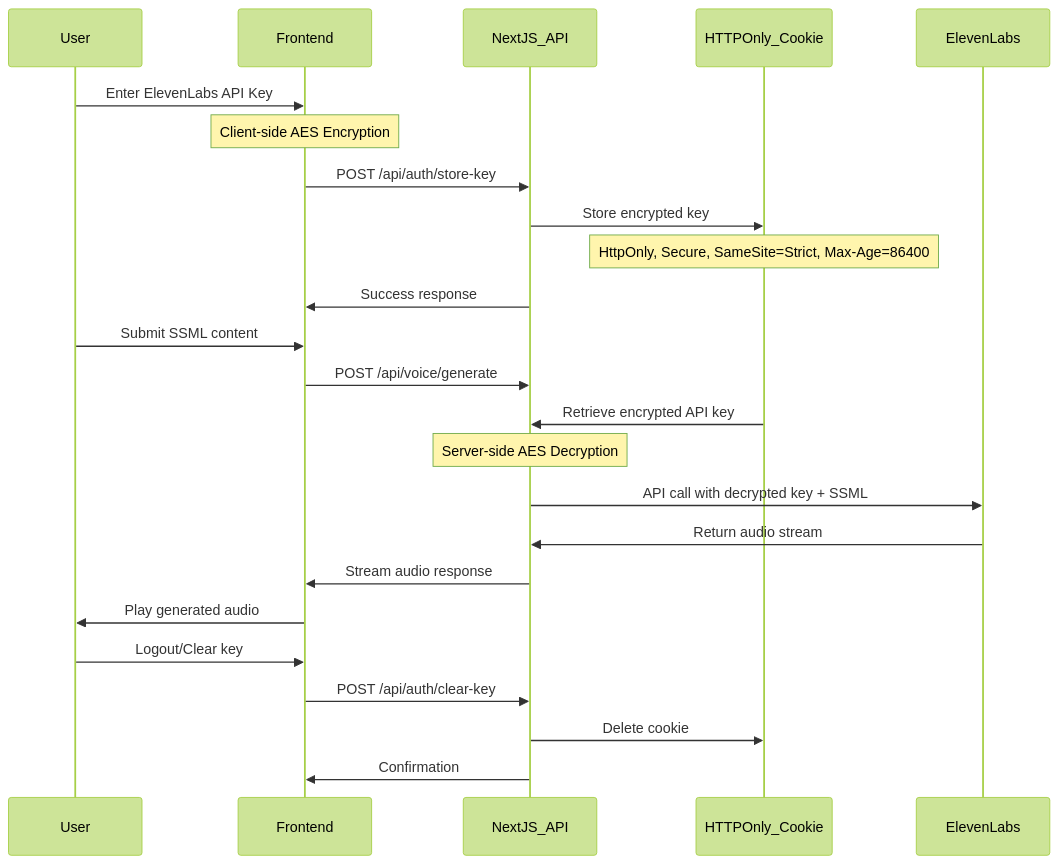
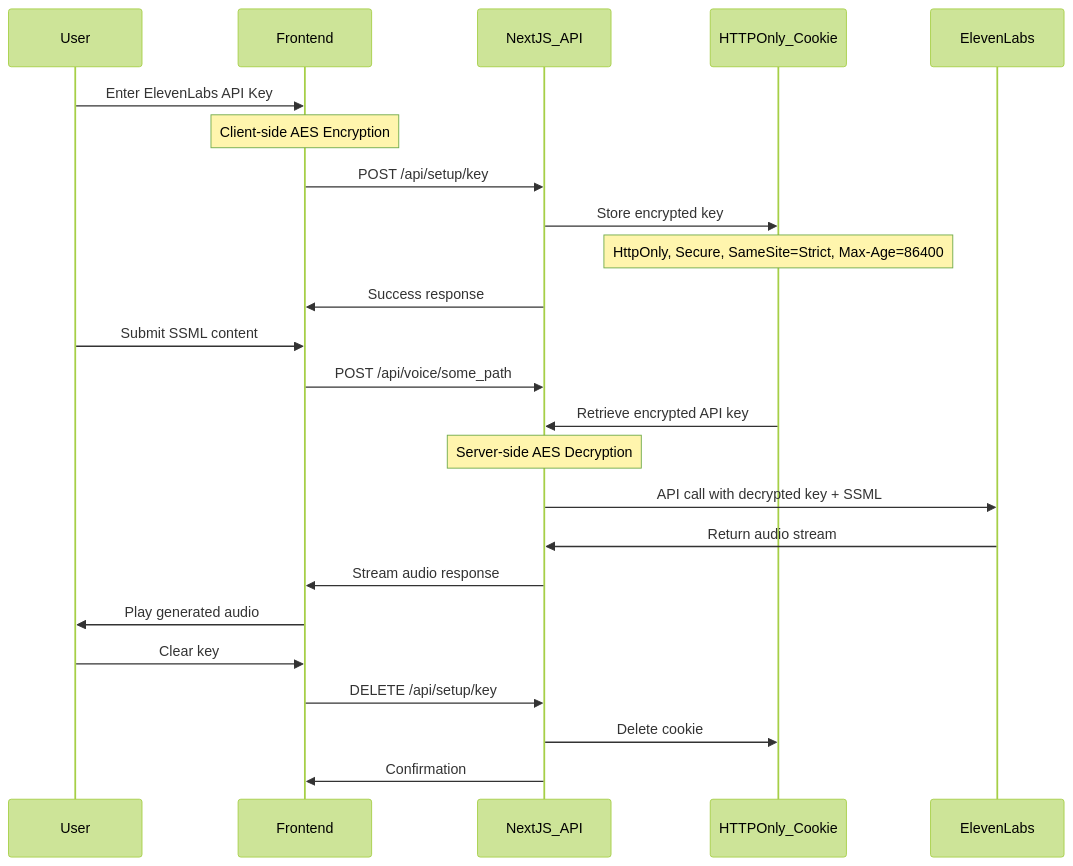
One commit to Skrptforge/ssml-editor changed the diagram in README.md. Above: the diagram before and after it, drawn with Mermaid (forest theme).

````diff
--- a/README.md
+++ b/README.md
@@ -9,29 +9,29 @@
 ```mermaid
 sequenceDiagram
     participant User
     participant Frontend
     participant NextJS_API
     participant HTTPOnly_Cookie
     participant ElevenLabs
 
     User->>Frontend: Enter ElevenLabs API Key
     Note over Frontend: Client-side AES Encryption
-    Frontend->>NextJS_API: POST /api/auth/store-key 
+    Frontend->>NextJS_API: POST /api/setup/key 
     NextJS_API->>HTTPOnly_Cookie: Store encrypted key
     Note over HTTPOnly_Cookie: HttpOnly, Secure, SameSite=Strict, Max-Age=86400
     NextJS_API->>Frontend: Success response
 
     User->>Frontend: Submit SSML content
-    Frontend->>NextJS_API: POST /api/voice/generate
+    Frontend->>NextJS_API: POST /api/voice/some_path
     HTTPOnly_Cookie->>NextJS_API: Retrieve encrypted API key
     Note over NextJS_API: Server-side AES Decryption
     NextJS_API->>ElevenLabs: API call with decrypted key + SSML
     ElevenLabs->>NextJS_API: Return audio stream
     NextJS_API->>Frontend: Stream audio response
     Frontend->>User: Play generated audio
 
-    User->>Frontend: Logout/Clear key
-    Frontend->>NextJS_API: POST /api/auth/clear-key
+    User->>Frontend: Clear key
+    Frontend->>NextJS_API: DELETE /api/setup/key
     NextJS_API->>HTTPOnly_Cookie: Delete cookie
     NextJS_API->>Frontend: Confirmation
 ```
````
